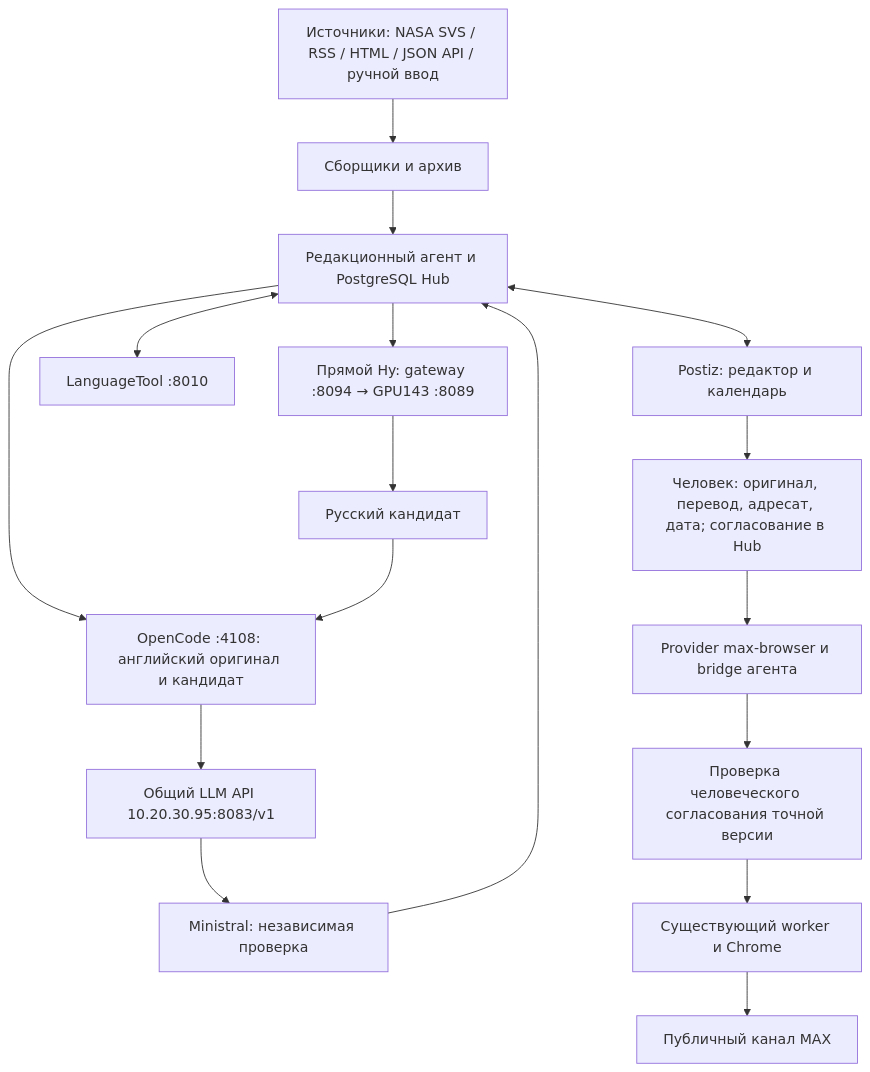
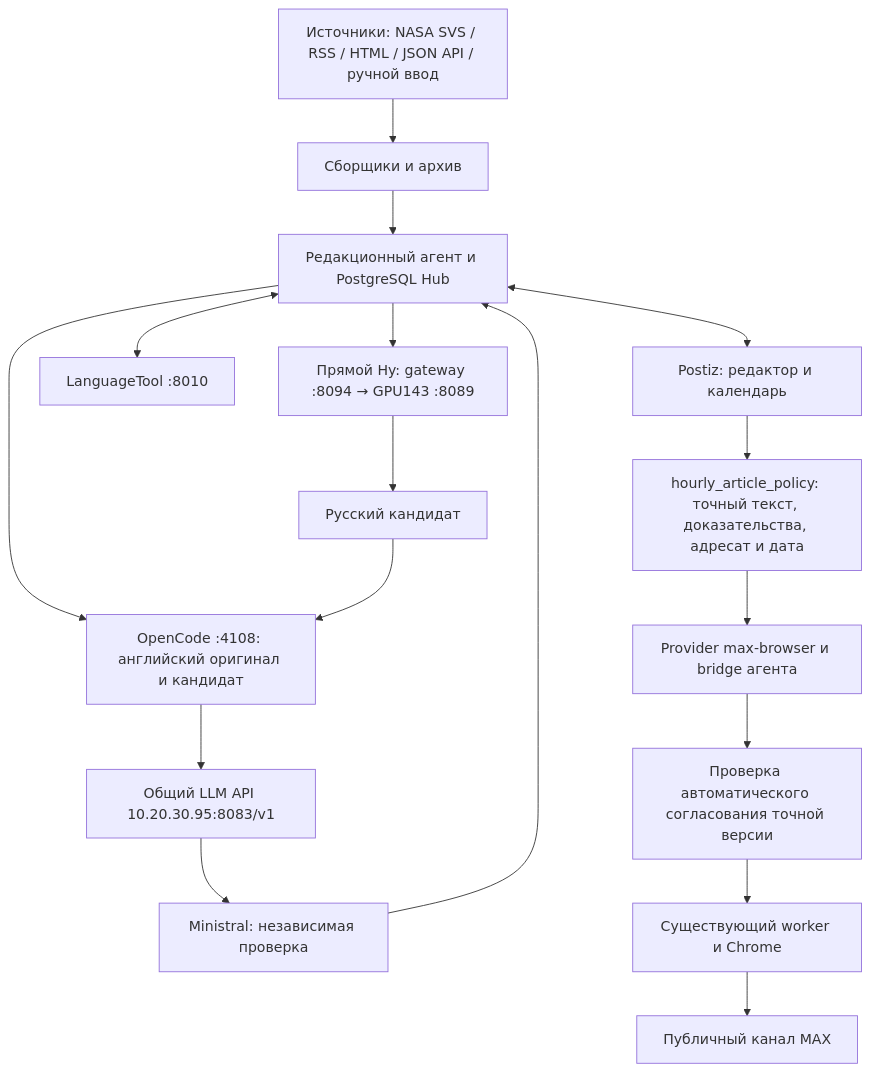
Before and after one commit to vovkmic-wq/max-postiz-editorial: the diagram in docs/COMPONENTS_AND_CONNECTIONS.md, drawn with Mermaid. The commit also changed other lines of this file and 26 other files, not shown here.

````diff
--- a/docs/COMPONENTS_AND_CONNECTIONS.md
+++ b/docs/COMPONENTS_AND_CONNECTIONS.md
@@ -66,19 +73,19 @@
 ```mermaid
 flowchart TD
     S["Источники: NASA SVS / RSS / HTML / JSON API / ручной ввод"] --> C["Сборщики и архив"]
     C --> H["Редакционный агент и PostgreSQL Hub"]
     H --> T["Прямой Hy: gateway :8094 → GPU143 :8089"]
     T --> D["Русский кандидат"]
     H --> O["OpenCode :4108: английский оригинал и кандидат"]
     O --> R["Общий LLM API 10.20.30.95:8083/v1"]
     R --> M["Ministral: независимая проверка"]
     D --> O
     M --> H
     H <--> L["LanguageTool :8010"]
     H <--> P["Postiz: редактор и календарь"]
-    P --> E["Человек: оригинал, перевод, адресат, дата; согласование в Hub"]
+    P --> E["hourly_article_policy: точный текст, доказательства, адресат и дата"]
     E --> B["Provider max-browser и bridge агента"]
-    B --> A["Проверка человеческого согласования точной версии"]
+    B --> A["Проверка автоматического согласования точной версии"]
     A --> W["Существующий worker и Chrome"]
     W --> X["Публичный канал MAX"]
 ```
````
